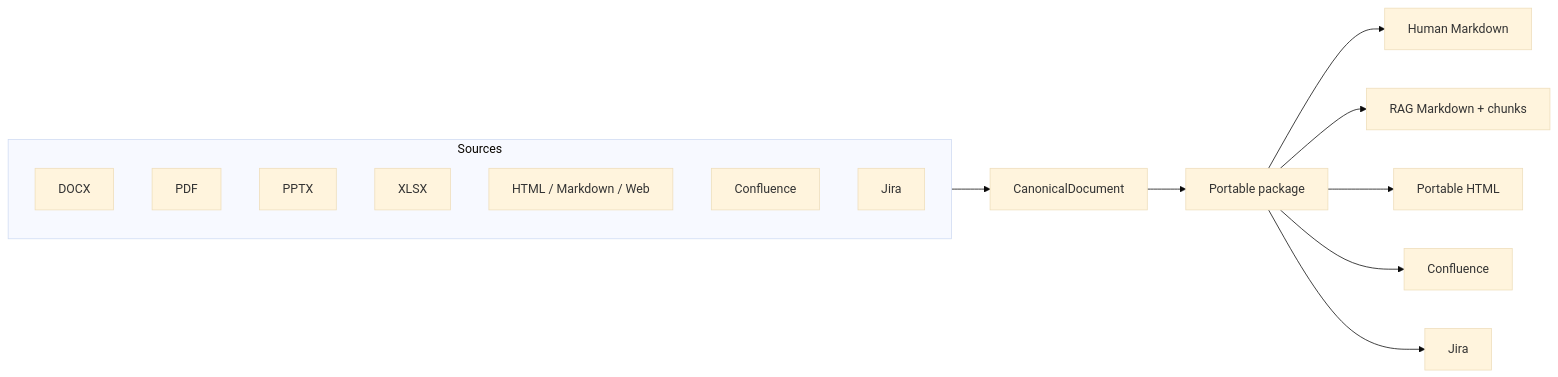
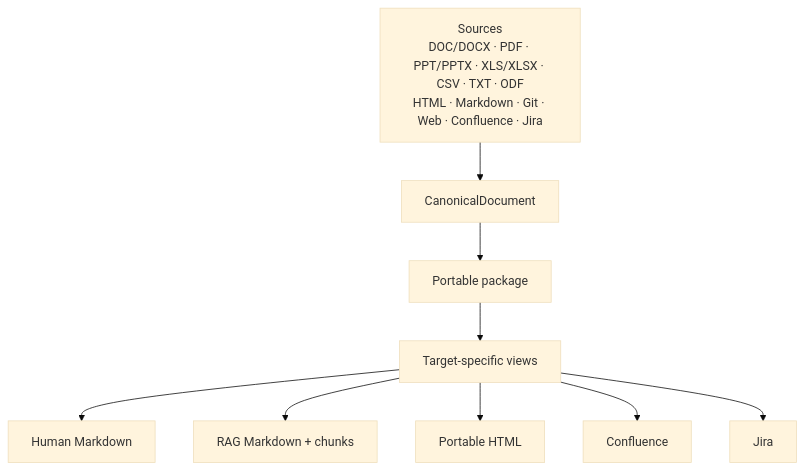
Before and after one commit to orenault/docspecbridge: the first of 2 diagrams in README.md, drawn with Mermaid (base theme). The commit also changed other lines of this file and 23 other files, not shown here.

````diff
--- a/README.md
+++ b/README.md
@@ -7,20 +7,12 @@
 ```mermaid
-flowchart LR
-    subgraph Sources
-      DOCX[DOCX]
-      PDF[PDF]
-      PPTX[PPTX]
-      XLSX[XLSX]
-      HTML[HTML / Markdown / Web]
-      CONF[Confluence]
-      JIRA[Jira]
-    end
-
-    Sources --> CAN[CanonicalDocument]
+flowchart TD
+    SRC["Sources<br/>DOC/DOCX · PDF · PPT/PPTX · XLS/XLSX · CSV · TXT · ODF<br/>HTML · Markdown · Git · Web · Confluence · Jira"]
+    SRC --> CAN[CanonicalDocument]
     CAN --> PKG[Portable package]
-    PKG --> MD[Human Markdown]
-    PKG --> RAG[RAG Markdown + chunks]
-    PKG --> WEB[Portable HTML]
-    PKG --> CFT[Confluence]
-    PKG --> JRT[Jira]
+    PKG --> OUT[Target-specific views]
+    OUT --> MD[Human Markdown]
+    OUT --> RAG[RAG Markdown + chunks]
+    OUT --> WEB[Portable HTML]
+    OUT --> CFT[Confluence]
+    OUT --> JRT[Jira]
 ```
````
